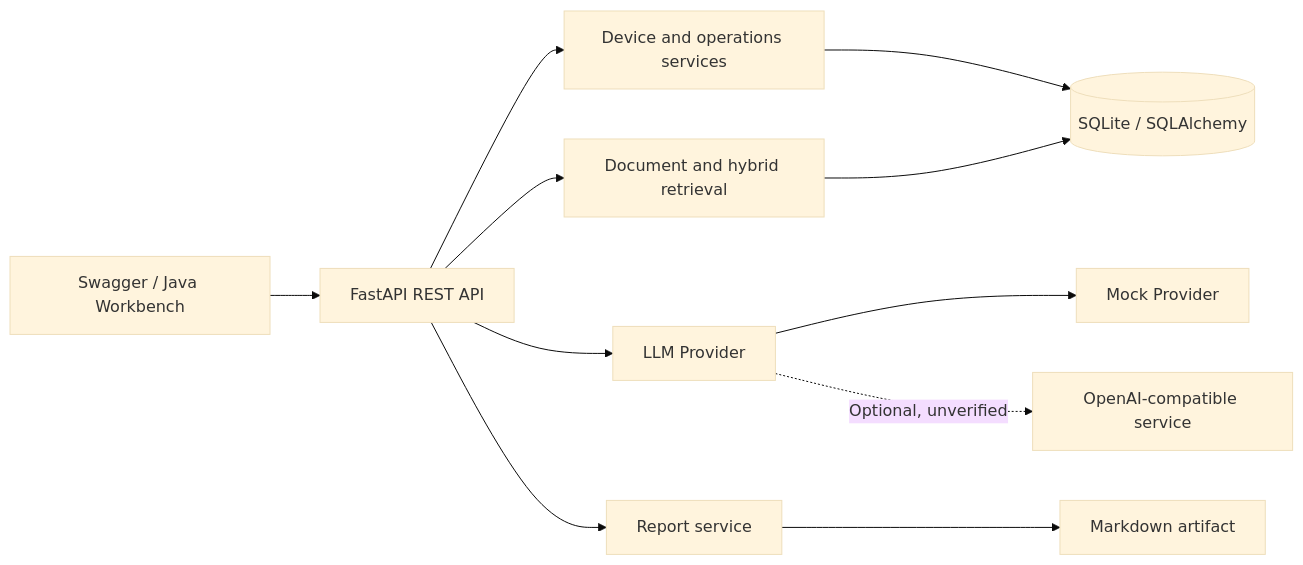
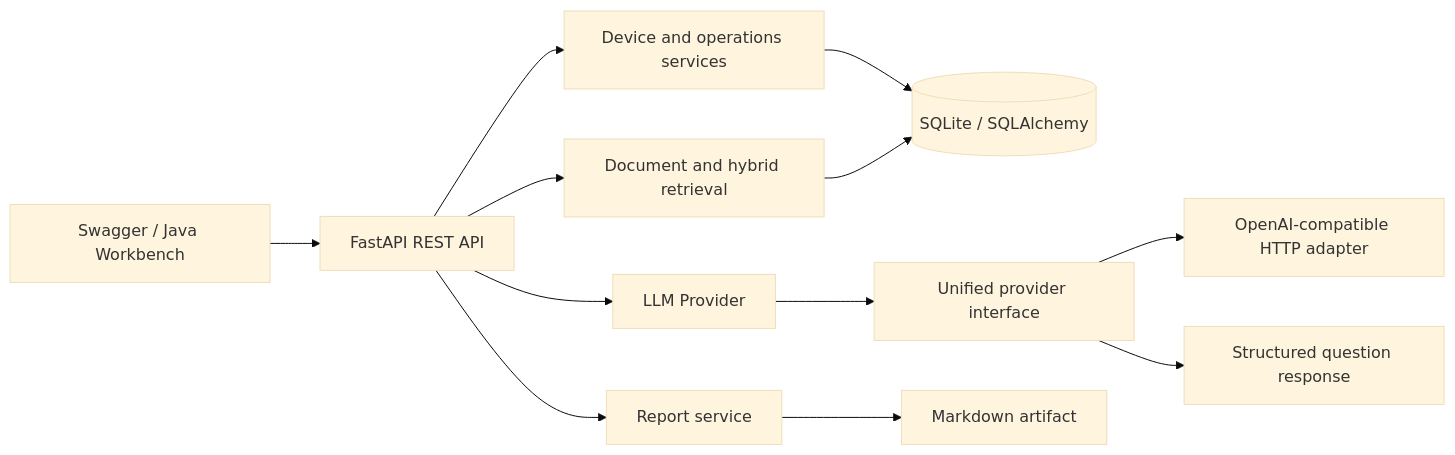
Before and after one commit to Kailovek/ai-hospital-operations-platform: the first of 5 diagrams in README_EN.md, drawn with Mermaid (base theme). The commit also changed other lines of this file and 10 other files, not shown here.

Commit message:
docs: focus publication narrative on architecture and implementation

````diff
--- a/README_EN.md
+++ b/README_EN.md
@@ -40,13 +40,14 @@
 ```mermaid
 flowchart LR
     Client[Swagger / Java Workbench] --> API[FastAPI REST API]
     API --> Ops[Device and operations services]
     API --> RAG[Document and hybrid retrieval]
     API --> AI[LLM Provider]
     API --> Reports[Report service]
     Ops --> DB[(SQLite / SQLAlchemy)]
     RAG --> DB
-    AI --> Mock[Mock Provider]
-    AI -. Optional, unverified .-> Remote[OpenAI-compatible service]
+    AI --> Provider[Unified provider interface]
+    Provider --> Remote[OpenAI-compatible HTTP adapter]
+    Provider --> Answer[Structured question response]
     Reports --> Markdown[Markdown artifact]
 ```
````
